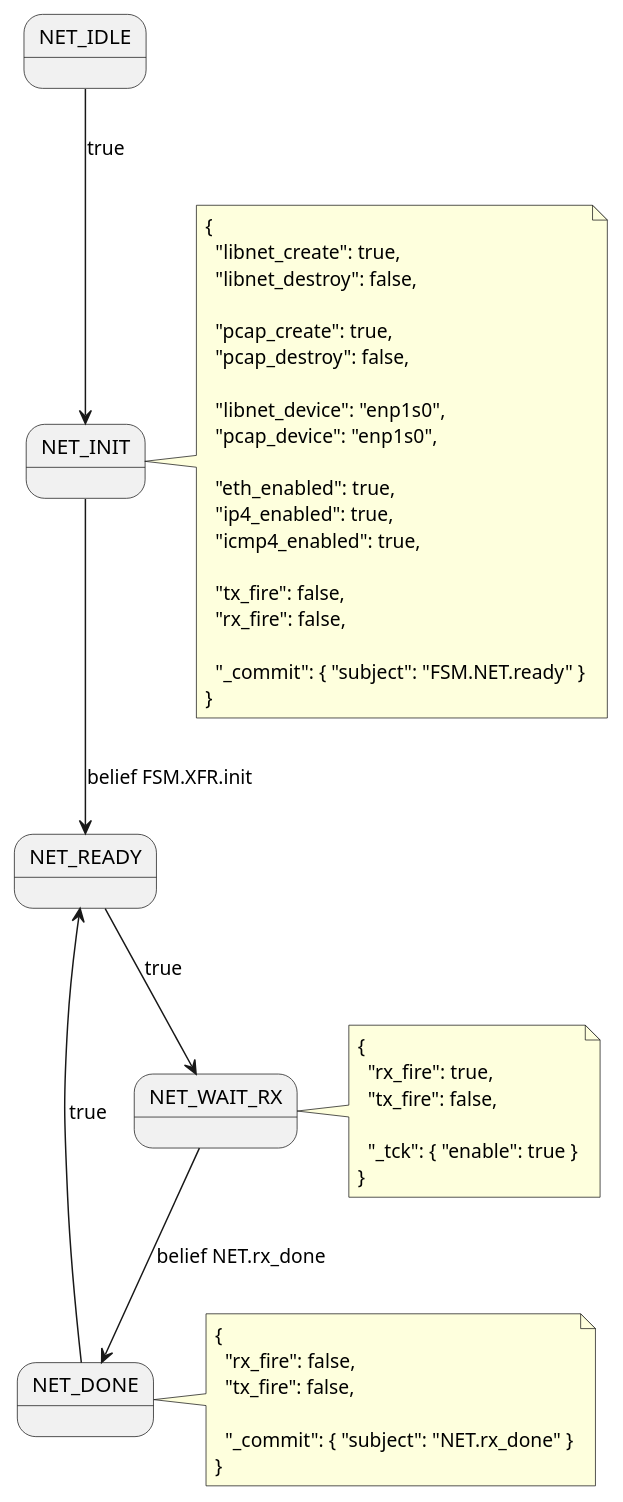
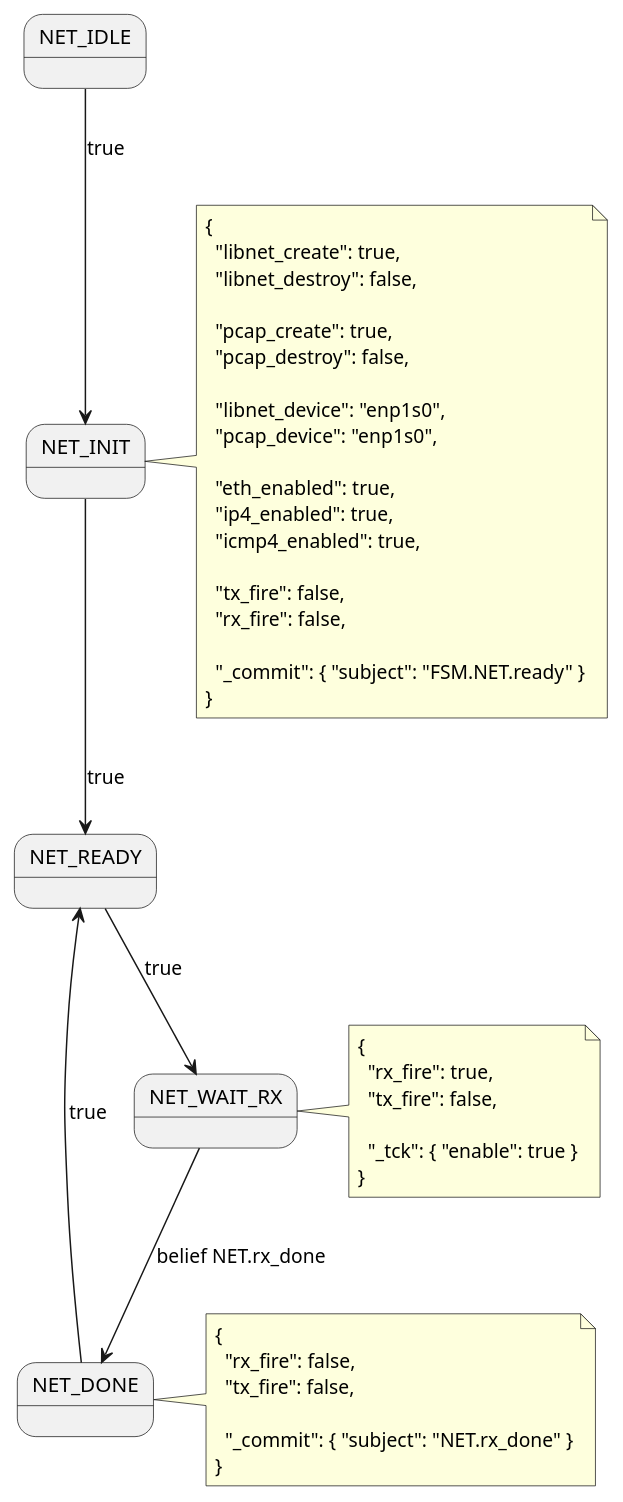
One commit to ambersoj/fsm changed the diagram in fsm-net-rx.puml. Above: the diagram before and after it, drawn with PlantUML.

Commit message:
sending to 109

```diff
--- a/fsm-net-rx.puml
+++ b/fsm-net-rx.puml
@@ -1,55 +1,55 @@
 @startuml
 
 state NET_IDLE
 state NET_INIT
 state NET_READY
 state NET_WAIT_RX
 state NET_DONE
 
 NET_IDLE --> NET_INIT : true
-NET_INIT --> NET_READY : belief FSM.XFR.init
+NET_INIT --> NET_READY : true
 NET_READY --> NET_WAIT_RX : true
 NET_WAIT_RX --> NET_DONE : belief NET.rx_done
 NET_DONE --> NET_READY : true
 
 note right of NET_INIT
 {
   "libnet_create": true,
   "libnet_destroy": false,
 
   "pcap_create": true,
   "pcap_destroy": false,
 
   "libnet_device": "enp1s0",
   "pcap_device": "enp1s0",
 
   "eth_enabled": true,
   "ip4_enabled": true,
   "icmp4_enabled": true,
 
   "tx_fire": false,
   "rx_fire": false,
 
   "_commit": { "subject": "FSM.NET.ready" }
 }
 end note
 
 note right of NET_WAIT_RX
 {
   "rx_fire": true,
   "tx_fire": false,
 
   "_tck": { "enable": true }
 }
 end note
 
 note right of NET_DONE
 {
   "rx_fire": false,
   "tx_fire": false,
 
   "_commit": { "subject": "NET.rx_done" }
 }
 end note
 
 @enduml
```
